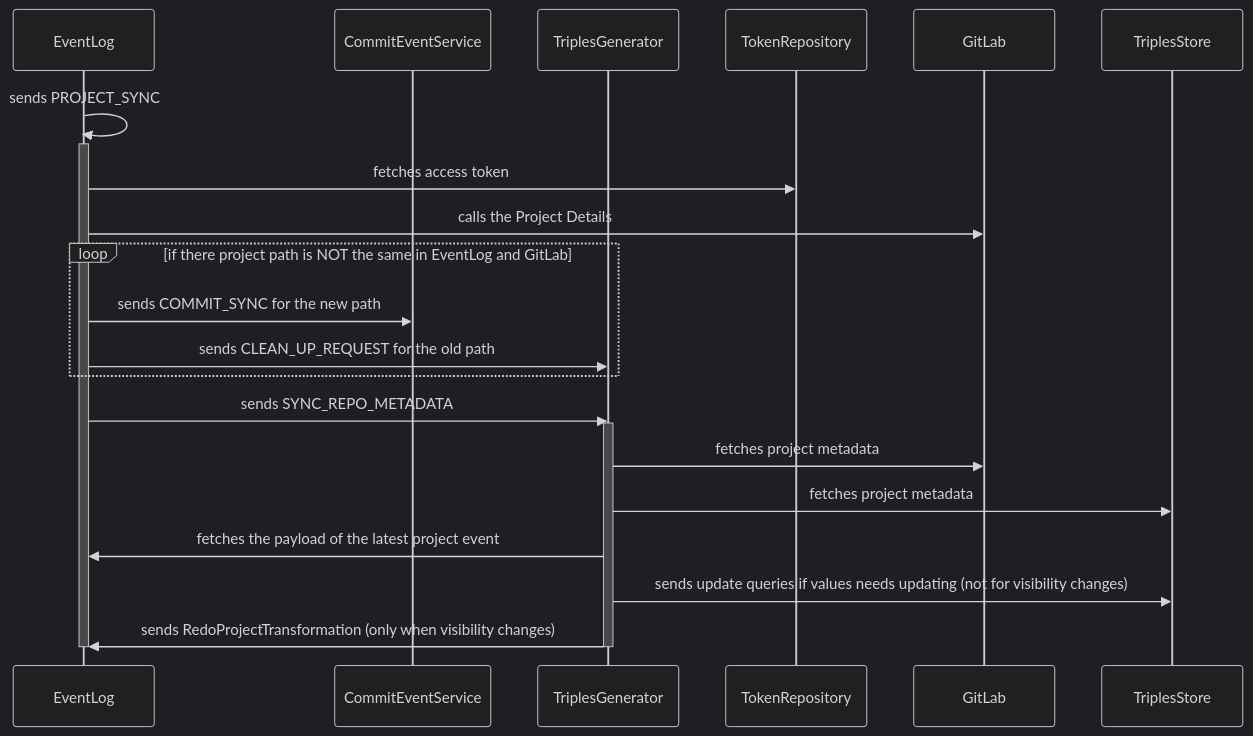
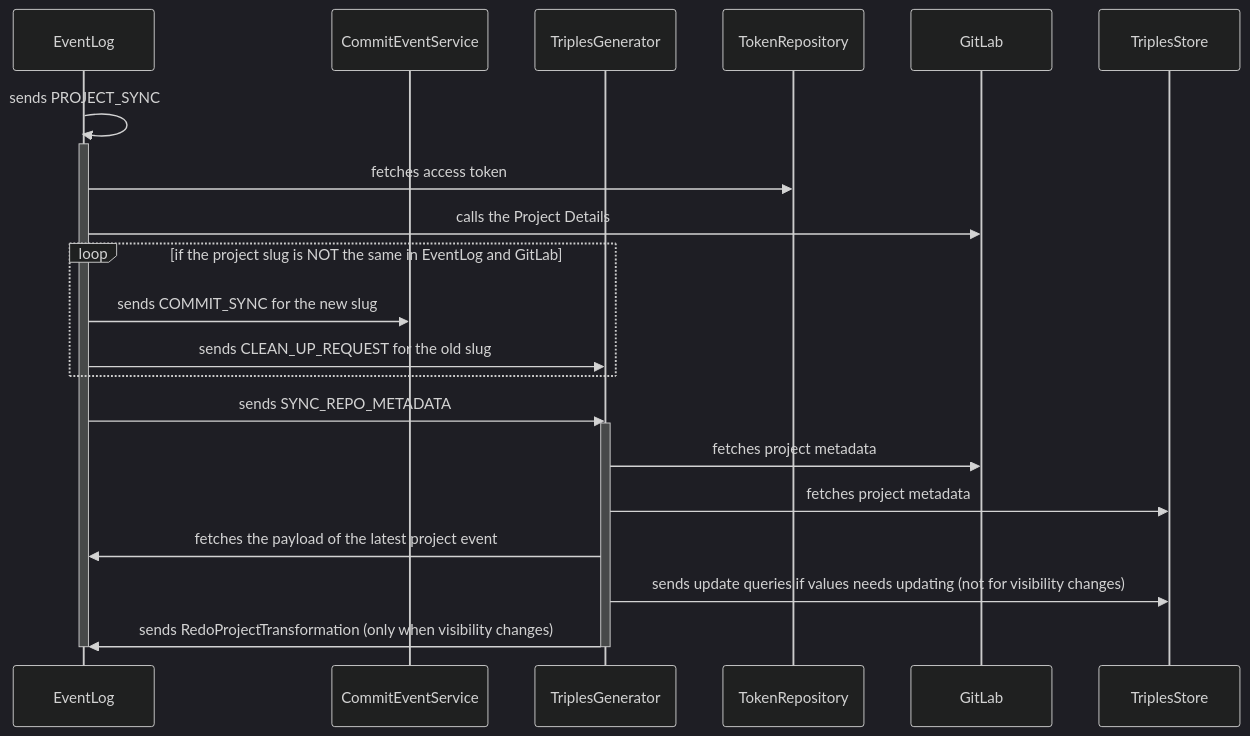
One commit to SwissDataScienceCenter/renku-graph changed the ninth of 10 diagrams in README.md. Above: the diagram before and after it, drawn with Mermaid (dark theme). The commit also changed 569 other files, not shown here.

Commit message:
refactor: projects.Path -> projects.Slug (#1636)

````diff
--- a/README.md
+++ b/README.md
@@ -329,27 +329,27 @@
 ```mermaid
 sequenceDiagram
     participant EventLog
     participant CommitEventService
     participant TriplesGenerator
     participant TokenRepository
     participant GitLab
     participant TriplesStore
 
     EventLog ->> EventLog: sends PROJECT_SYNC
     activate EventLog
       EventLog ->> TokenRepository: fetches access token
       EventLog ->> GitLab: calls the Project Details
-      loop if there project path is NOT the same in EventLog and GitLab
-        EventLog ->> CommitEventService: sends COMMIT_SYNC for the new path
-        EventLog ->> TriplesGenerator: sends CLEAN_UP_REQUEST for the old path
+      loop if the project slug is NOT the same in EventLog and GitLab
+        EventLog ->> CommitEventService: sends COMMIT_SYNC for the new slug
+        EventLog ->> TriplesGenerator: sends CLEAN_UP_REQUEST for the old slug
       end
       EventLog ->> TriplesGenerator: sends SYNC_REPO_METADATA
       activate TriplesGenerator
         TriplesGenerator ->> GitLab: fetches project metadata
         TriplesGenerator ->> TriplesStore: fetches project metadata
         TriplesGenerator ->> EventLog: fetches the payload of the latest project event
         TriplesGenerator ->> TriplesStore: sends update queries if values needs updating (not for visibility changes)
         TriplesGenerator ->> EventLog: sends RedoProjectTransformation (only when visibility changes)
       deactivate TriplesGenerator
     deactivate EventLog    
 ```
````
